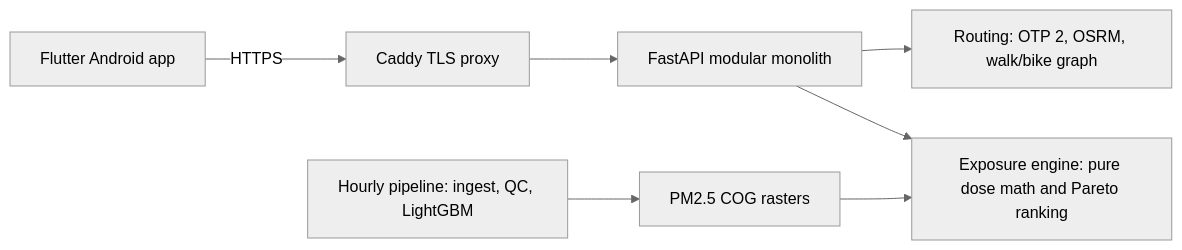
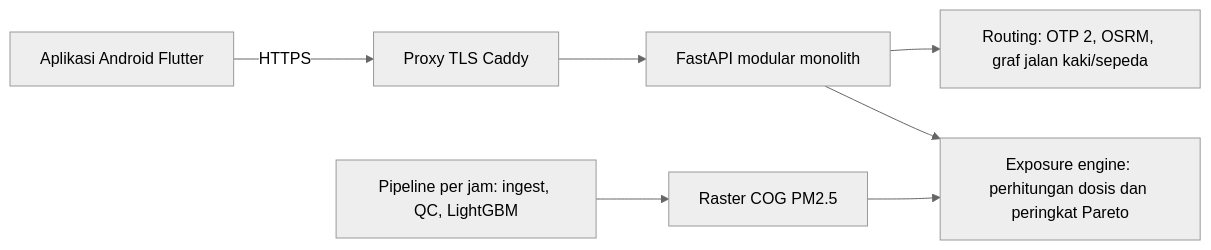
The diagram in README.md (Faizalfadaa/Hirup), drawn with Mermaid (neutral theme) before and after one commit. The commit also changed other lines of this file, not shown here.

````diff
--- a/README.md
+++ b/README.md
@@ -59,9 +62,9 @@
 ```mermaid
 flowchart LR
-  App[Flutter Android app] -->|HTTPS| Caddy[Caddy TLS proxy]
+  App[Aplikasi Android Flutter] -->|HTTPS| Caddy[Proxy TLS Caddy]
   Caddy --> API[FastAPI modular monolith]
-  API --> Routing[Routing: OTP 2, OSRM, walk/bike graph]
-  API --> Exposure[Exposure engine: pure dose math and Pareto ranking]
-  P2[Hourly pipeline: ingest, QC, LightGBM] --> COG[PM2.5 COG rasters]
+  API --> Routing[Routing: OTP 2, OSRM, graf jalan kaki/sepeda]
+  API --> Exposure[Exposure engine: perhitungan dosis dan peringkat Pareto]
+  P2[Pipeline per jam: ingest, QC, LightGBM] --> COG[Raster COG PM2.5]
   COG --> Exposure
 ```
````
